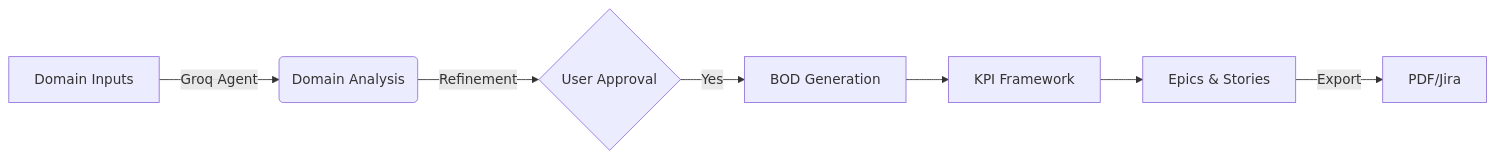
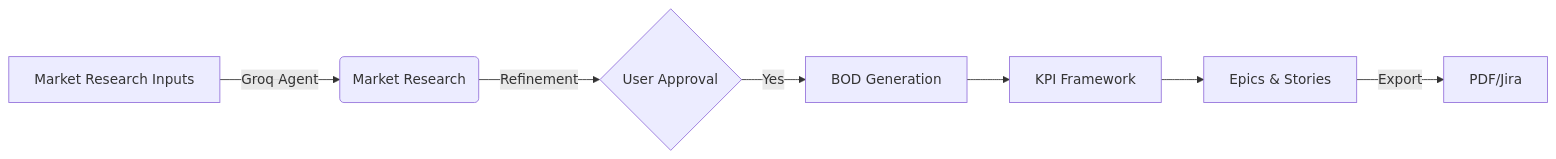
The second of 2 diagrams in architecture_guide.md (AkshayThakur0307/prism-tool), drawn with Mermaid before and after one commit. The commit also changed other lines of this file and 9 other files, not shown here.

Commit message:
Rename 'Domain Strategy' to 'Market Research' across the codebase and update documentation

````diff
--- a/architecture_guide.md
+++ b/architecture_guide.md
@@ -190,9 +190,9 @@
 ```mermaid
 flowchart LR
-    A[Domain Inputs] -->|Groq Agent| B(Domain Analysis)
+    A[Market Research Inputs] -->|Groq Agent| B(Market Research)
     B -->|Refinement| C{User Approval}
     C -->|Yes| D[BOD Generation]
     D --> E[KPI Framework]
     E --> F[Epics & Stories]
     F -->|Export| G[PDF/Jira]
 ```
````
